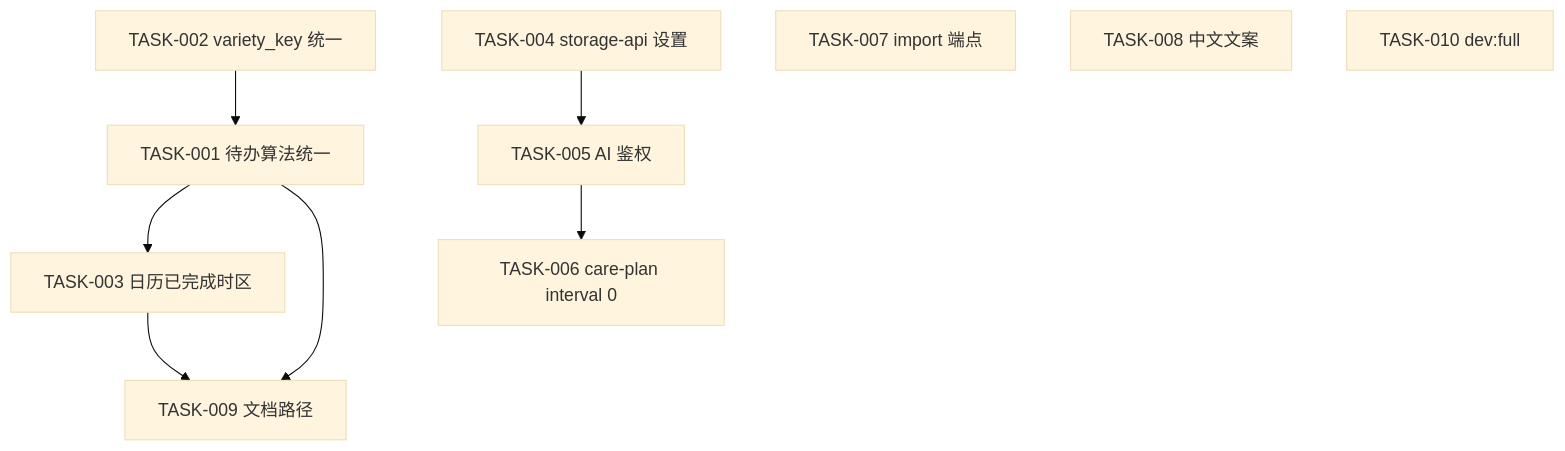
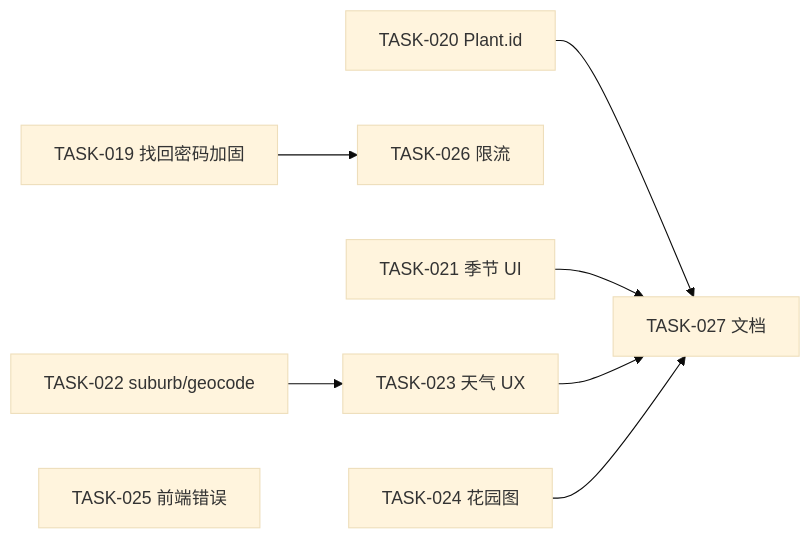
The diagram in docs/tasks/README.md (saltduck/gardenassist), drawn with Mermaid (base theme) before and after one commit. The commit also changed other lines of this file and 74 other files, not shown here.

````diff
--- a/docs/tasks/README.md
+++ b/docs/tasks/README.md
@@ -30,20 +48,19 @@
 ```mermaid
-flowchart TD
-  TASK001[TASK-001 待办算法统一]
-  TASK002[TASK-002 variety_key 统一]
-  TASK003[TASK-003 日历已完成时区]
-  TASK004[TASK-004 storage-api 设置]
-  TASK005[TASK-005 AI 鉴权]
-  TASK006[TASK-006 care-plan interval 0]
-  TASK007[TASK-007 import 端点]
-  TASK008[TASK-008 中文文案]
-  TASK009[TASK-009 文档路径]
-  TASK010[TASK-010 dev:full]
+flowchart LR
+  T019[TASK-019 找回密码加固]
+  T022[TASK-022 suburb/geocode]
+  T023[TASK-023 天气 UX]
+  T026[TASK-026 限流]
+  T020[TASK-020 Plant.id]
+  T021[TASK-021 季节 UI]
+  T024[TASK-024 花园图]
+  T025[TASK-025 前端错误]
+  T027[TASK-027 文档]
 
-  TASK002 --> TASK001
-  TASK001 --> TASK003
-  TASK004 --> TASK005
-  TASK005 --> TASK006
-  TASK001 --> TASK009
-  TASK003 --> TASK009
+  T019 --> T026
+  T022 --> T023
+  T020 --> T027
+  T021 --> T027
+  T023 --> T027
+  T024 --> T027
 ```
````
